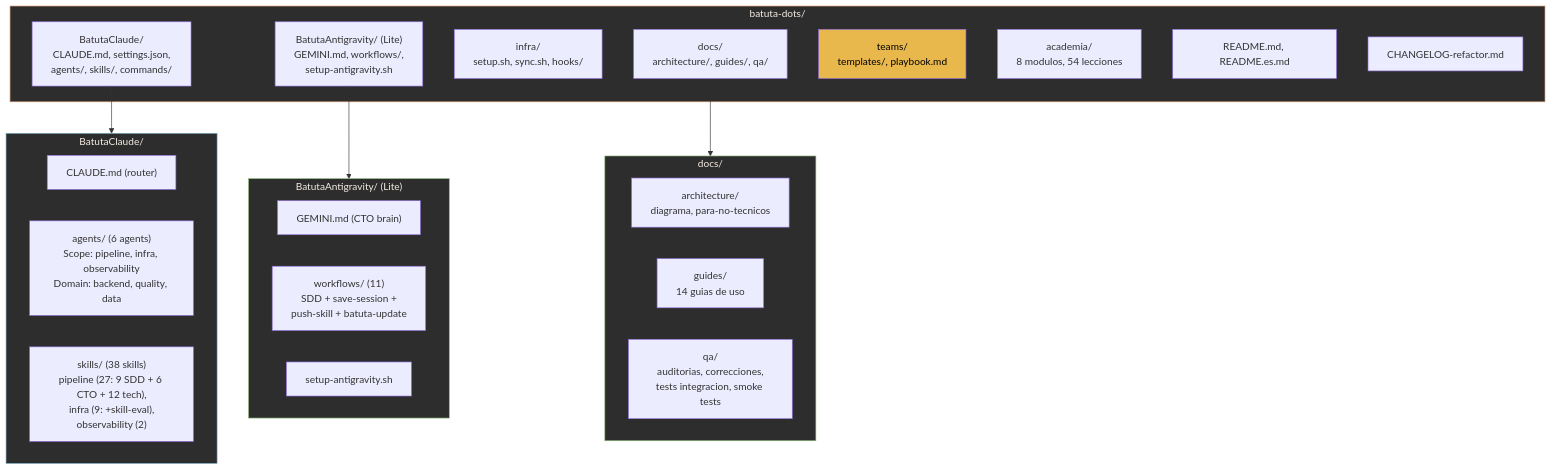
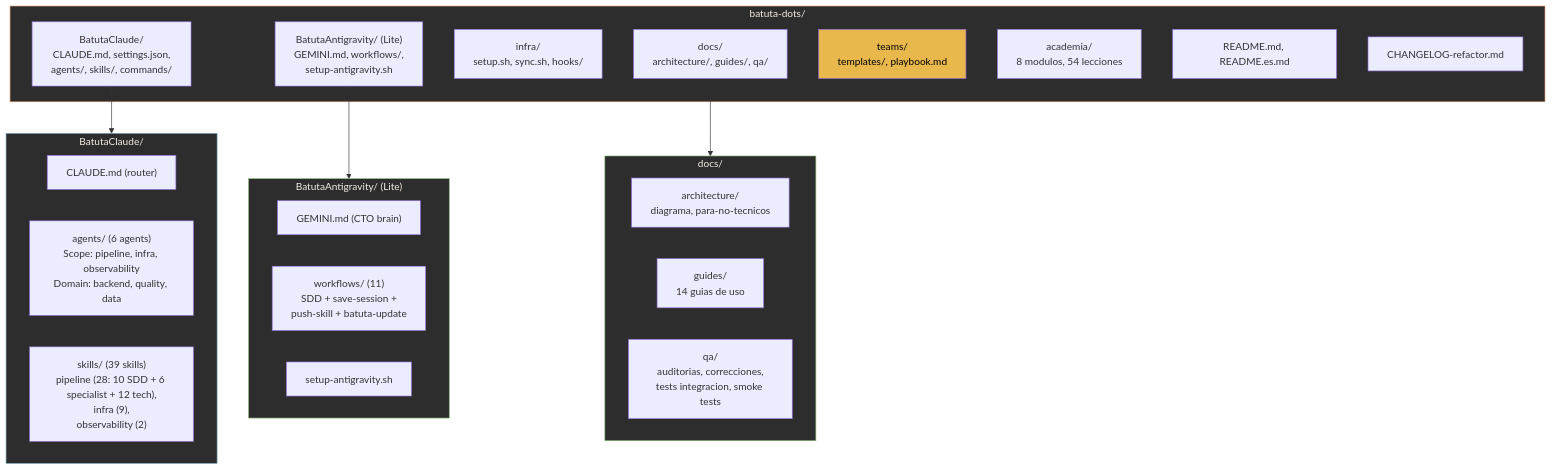
Diagram 27 of 31 in docs/architecture/arquitectura-diagrama.md (jota-batuta/batuta-dots), drawn with Mermaid before and after one commit. The commit also changed other lines of this file and 19 other files, not shown here.

First line of the commit message:
feat(v14.3): migrate Desktop CTO skills + ecosystem healing + docs cleanup

````diff
--- a/docs/architecture/arquitectura-diagrama.md
+++ b/docs/architecture/arquitectura-diagrama.md
@@ -1151,41 +1166,41 @@
 ```mermaid
 flowchart TD
     subgraph ROOT["batuta-dots/"]
         CLAUDE_DIR["BatutaClaude/<br/>CLAUDE.md, settings.json,<br/>agents/, skills/, commands/"]
         ANTIGRAVITY_DIR["BatutaAntigravity/ (Lite)<br/>GEMINI.md, workflows/,<br/>setup-antigravity.sh"]
         INFRA_DIR["infra/<br/>setup.sh, sync.sh, hooks/"]
         DOCS["docs/<br/>architecture/, guides/, qa/"]
         TEAMS["teams/<br/>templates/, playbook.md"]
         ACADEMIA["academia/<br/>8 modulos, 54 lecciones"]
         README["README.md, README.es.md"]
         CHANGELOG["CHANGELOG-refactor.md"]
     end
 
     subgraph CLAUDE_DETAIL["BatutaClaude/"]
         CLAUDE_MD["CLAUDE.md (router)"]
         AGENTS["agents/ (6 agents)<br/>Scope: pipeline, infra, observability<br/>Domain: backend, quality, data"]
-        SKILLS_38["skills/ (38 skills)<br/>pipeline (27: 9 SDD + 6 CTO + 12 tech),<br/>infra (9: +skill-eval),<br/>observability (2)"]
+        SKILLS_38["skills/ (39 skills)<br/>pipeline (28: 10 SDD + 6 specialist + 12 tech),<br/>infra (9),<br/>observability (2)"]
     end
 
     subgraph ANTIGRAVITY_DETAIL["BatutaAntigravity/ (Lite)"]
         GEMINI_MD["GEMINI.md (CTO brain)"]
         WORKFLOWS["workflows/ (11)<br/>SDD + save-session +<br/>push-skill + batuta-update"]
         SETUP_AG["setup-antigravity.sh"]
     end
 
     subgraph DOCS_DETAIL["docs/"]
         ARCH["architecture/<br/>diagrama, para-no-tecnicos"]
         GUIDES["guides/<br/>14 guias de uso"]
         QA["qa/<br/>auditorias, correcciones,<br/>tests integracion, smoke tests"]
     end
 
     CLAUDE_DIR --> CLAUDE_DETAIL
     ANTIGRAVITY_DIR --> ANTIGRAVITY_DETAIL
     DOCS --> DOCS_DETAIL
 
     style ROOT fill:#2d2d2d,stroke:#D4956A,color:#F5EDE4
     style CLAUDE_DETAIL fill:#2d2d2d,stroke:#7AAFC4,color:#F5EDE4
     style ANTIGRAVITY_DETAIL fill:#2d2d2d,stroke:#8BB87A,color:#F5EDE4
     style DOCS_DETAIL fill:#2d2d2d,stroke:#8BB87A,color:#F5EDE4
     style TEAMS fill:#E8B84D,color:#000
 ```
````
